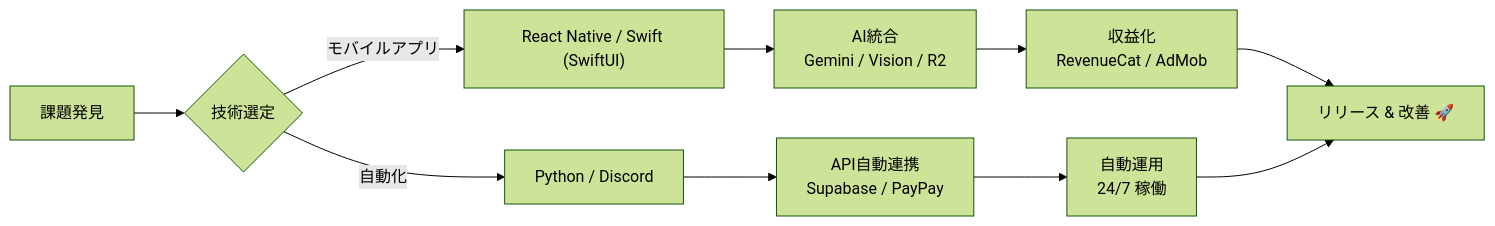
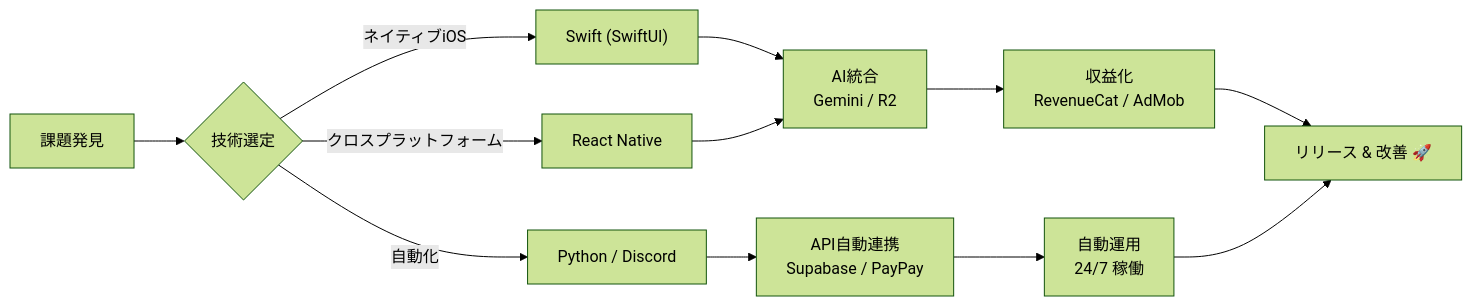
The diagram in README.md (41Yr9/41Yr9), drawn with Mermaid (forest theme) before and after one commit. The commit also changed other lines of this file, not shown here.

````diff
--- a/README.md
+++ b/README.md
@@ -214,15 +211,17 @@
 ```mermaid
 graph LR
     A[課題発見] --> B{技術選定}
-    B -->|モバイルアプリ| C["React Native / Swift (SwiftUI)"]
+    B -->|ネイティブiOS| C["Swift (SwiftUI)"]
+    B -->|クロスプラットフォーム| C2[React Native]
     B -->|自動化| D[Python / Discord]
     
-    C --> E[AI統合<br>Gemini / Vision / R2]
+    C --> E[AI統合<br>Gemini / R2]
+    C2 --> E
     D --> F[API自動連携<br>Supabase / PayPay]
     
     E --> G[収益化<br>RevenueCat / AdMob]
     F --> H[自動運用<br>24/7 稼働]
     
     G --> I[リリース & 改善 🚀]
     H --> I
 ```
````
